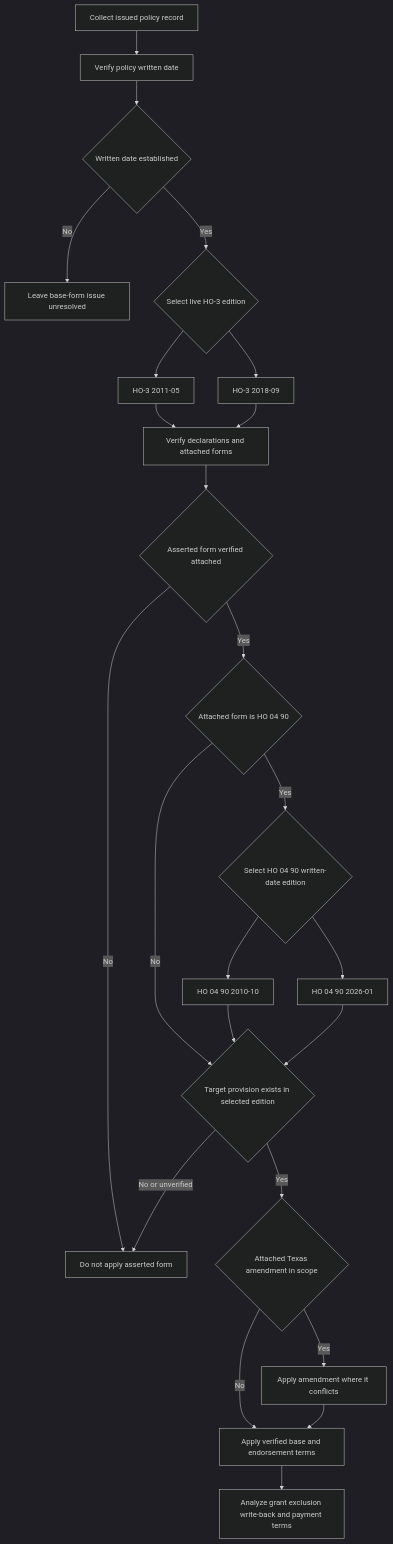
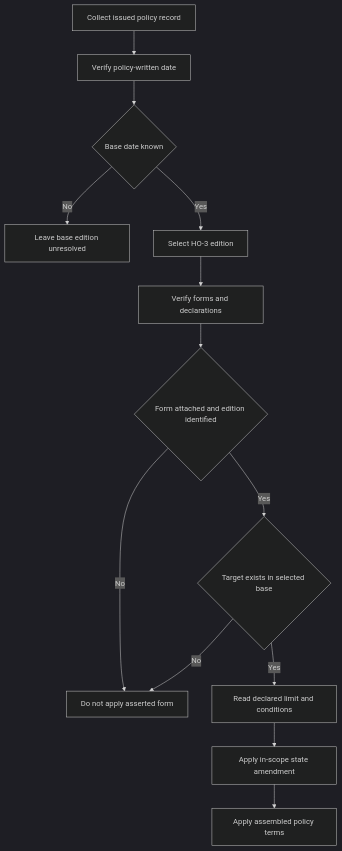
Before and after one commit to eugeneliu-86/openwiki-insurance-corpus: the diagram in openwiki/coverage/policy-editions-and-governing-forms.md, drawn with Mermaid (dark theme). The commit also changed other lines of this file and 15 other files, not shown here.

````diff
--- a/openwiki/coverage/policy-editions-and-governing-forms.md
+++ b/openwiki/coverage/policy-editions-and-governing-forms.md
@@ -77,26 +59,15 @@
 ```mermaid
 flowchart TD
-    Record["Collect issued policy record"] --> Written["Verify policy written date"]
-    Written --> Known{"Written date established"}
-    Known -- "No" --> Hold["Leave base-form issue unresolved"]
-    Known -- "Yes" --> Edition{"Select live HO-3 edition"}
-    Edition --> Old["HO-3 2011-05"]
-    Edition --> New["HO-3 2018-09"]
-    Old --> Attach["Verify declarations and attached forms"]
-    New --> Attach
-    Attach --> Attached{"Asserted form verified attached"}
-    Attached -- "No" --> Exclude["Do not apply asserted form"]
-    Attached -- "Yes" --> Water{"Attached form is HO 04 90"}
-    Water -- "Yes" --> WaterEdition{"Select HO 04 90 written-date edition"}
-    WaterEdition --> Water2010["HO 04 90 2010-10"]
-    WaterEdition --> Water2026["HO 04 90 2026-01"]
-    Water -- "No" --> Match{"Target provision exists in selected edition"}
-    Water2010 --> Match
-    Water2026 --> Match
-    Match -- "No or unverified" --> Exclude
-    Match -- "Yes" --> Texas{"Attached Texas amendment in scope"}
-    Texas -- "No" --> Terms["Apply verified base and endorsement terms"]
-    Texas -- "Yes" --> Conflict["Apply amendment where it conflicts"]
-    Conflict --> Terms
-    Terms --> Analysis["Analyze grant exclusion write-back and payment terms"]
+    Record["Collect issued policy record"] --> BaseDate["Verify policy-written date"]
+    BaseDate --> BaseKnown{"Base date known"}
+    BaseKnown -- "No" --> Hold["Leave base edition unresolved"]
+    BaseKnown -- "Yes" --> Base["Select HO-3 edition"]
+    Base --> Attach["Verify forms and declarations"]
+    Attach --> Attached{"Form attached and edition identified"}
+    Attached -- "No" --> Skip["Do not apply asserted form"]
+    Attached -- "Yes" --> Target{"Target exists in selected base"}
+    Target -- "No" --> Skip
+    Target -- "Yes" --> Limit["Read declared limit and conditions"]
+    Limit --> State["Apply in-scope state amendment"]
+    State --> Terms["Apply assembled policy terms"]
 ```
````
